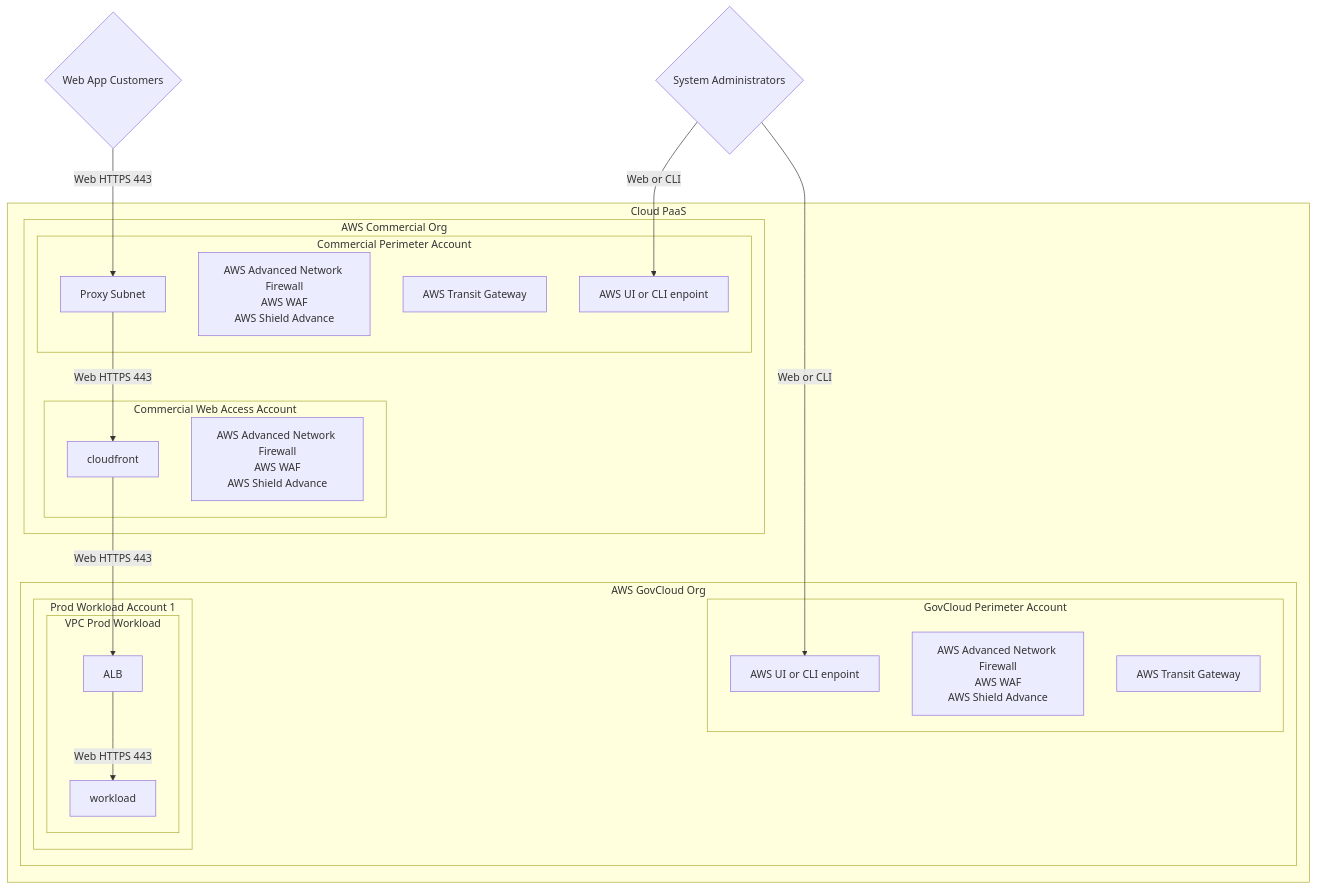
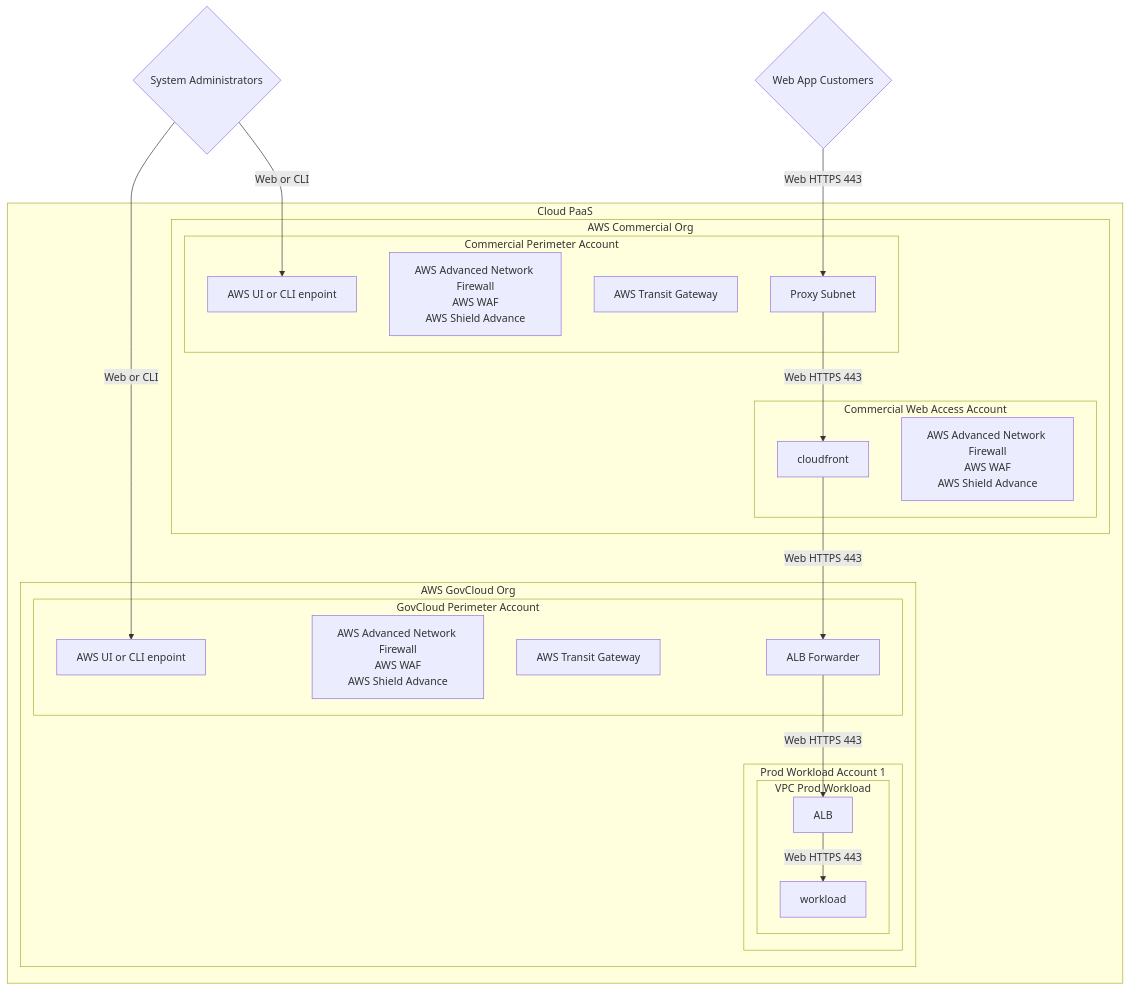
One commit to MyNameIsMissing/example-projects changed the diagram in cloudfront-data-path2.mmd. Above: the diagram before and after it, drawn with Mermaid. The commit also changed 2 other files, not shown here.

Commit message:
alb forwarder and menu

```diff
--- a/cloudfront-data-path2.mmd
+++ b/cloudfront-data-path2.mmd
@@ -1,47 +1,49 @@
 %%CF fronted by Perimeter
 
 flowchart TD
 
 %%External entities or services
 customer{Web App Customers}
 admin{System Administrators}
 
 %%Accreditation boundary
 subgraph Cloud PaaS
   subgraph AWS Commercial Org
     subgraph Commercial Web Access Account
       cloudfront[cloudfront]
       awsnetfirewallWeb[AWS Advanced Network Firewall<br>AWS WAF<br>AWS Shield Advance]
     end
     subgraph Commercial Perimeter Account
       awsEndpointCom[AWS UI or CLI enpoint]
       awsnetfirewallPer[AWS Advanced Network Firewall<br>AWS WAF<br>AWS Shield Advance]
       awsXit[AWS Transit Gateway]
       proxySubnet[Proxy Subnet]
     end
   end
 
   subgraph AWS GovCloud Org
       subgraph GovCloud Perimeter Account
       awsEndpointGov[AWS UI or CLI enpoint]
       awsnetfirewallGov[AWS Advanced Network Firewall<br>AWS WAF<br>AWS Shield Advance]
       awsXitGov[AWS Transit Gateway]
+      albForwarderGov[ALB Forwarder]
       end
       subgraph prod1[Prod Workload Account 1]
         subgraph VPC Prod Workload
           wALB1[ALB]
           workload1[workload]
         end
       end
 
   end
 
 end
 
 %%Connections
 customer -- Web HTTPS 443 --> proxySubnet
 proxySubnet -- Web HTTPS 443 --> cloudfront
-cloudfront -- Web HTTPS 443 --> wALB1
+cloudfront -- Web HTTPS 443 --> albForwarderGov
+albForwarderGov  -- Web HTTPS 443 --> wALB1
 wALB1 -- Web HTTPS 443 --> workload1
 admin -- Web or CLI --> awsEndpointCom
 admin -- Web or CLI --> awsEndpointGov
```
